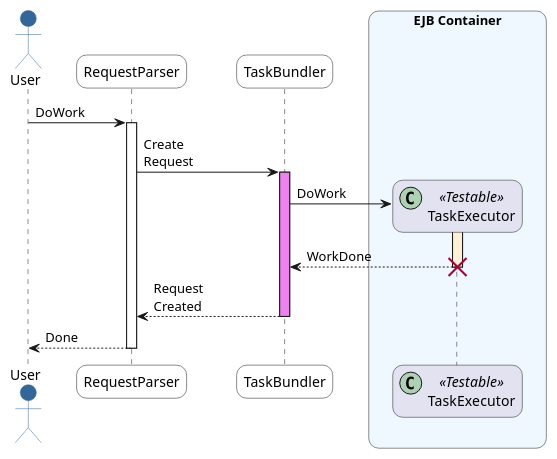
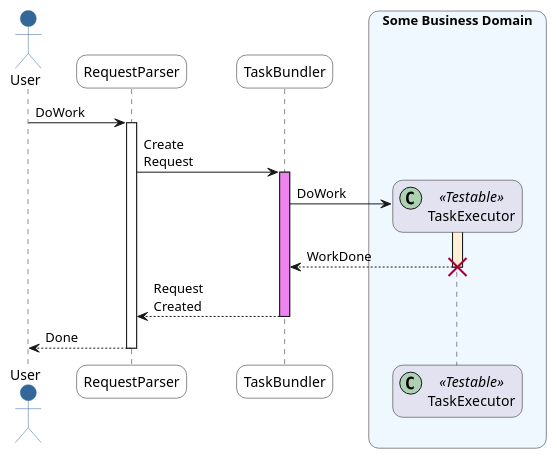
One commit to ch88251/plantuml-snippets changed the diagram in sample1.puml. Above: the diagram before and after it, drawn with PlantUML. The commit also changed 1 other file, not shown here.

Commit message:
updated diagram

```diff
--- a/sample1.puml
+++ b/sample1.puml
@@ -1,39 +1,39 @@
 @startuml
 
 skinparam roundcorner 20
 skinparam sequenceArrowThickness 1
 skinparam maxmessagesize 20
 skinparam ActorBorderColor #336699
 skinparam ParticipantPadding 20
 skinparam BoxPadding 10
 skinparam SequenceBoxBackgroundColor AliceBlue
 
 actor User #336699
 
 participant "RequestParser" as A #FFFFFF
 participant "TaskBundler" as B #FFFFFF
 
-box "EJB Container"
+box "Some Business Domain"
 participant "TaskExecutor" as C << (C,#ADD1B2) Testable >>
 end box
 
 User -> A: DoWork
 activate A
 
 A -> B: Create Request
 activate B #violet
 
 create C
 B -> C: DoWork
 activate C #PapayaWhip
 C --> B: WorkDone
 destroy C
 
 B --> A: Request Created
 deactivate B
 
 A --> User: Done
 deactivate A
 
 '!include ../../plantuml-styles/ae-copyright-footer.txt
 @enduml
```
